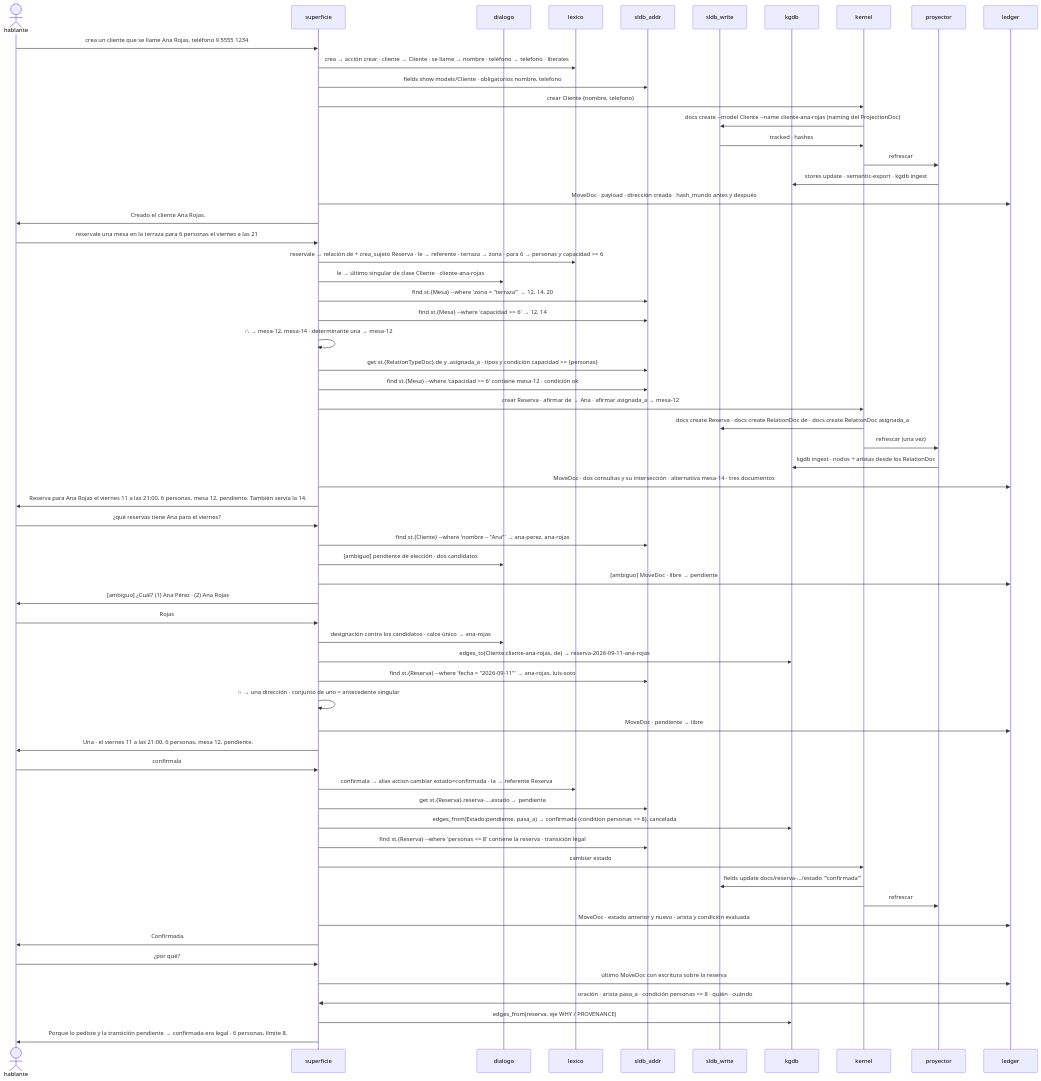
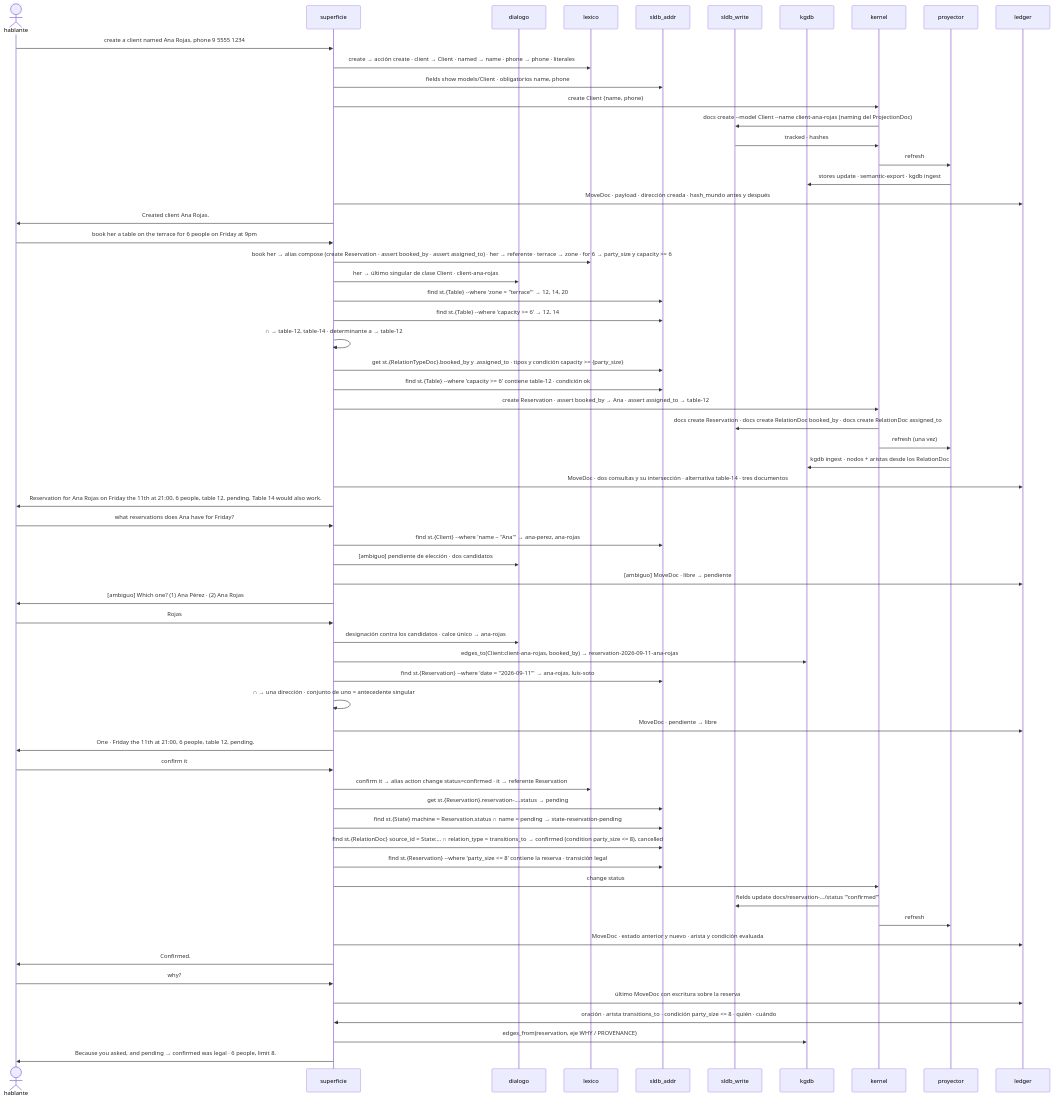
The diagram in views/spec2viz/out/mermaid/target.turno.mmd (jpcosec/pron), drawn with Mermaid before and after one commit. The commit also changed 22 other files, not shown here.

```diff
--- a/views/spec2viz/out/mermaid/target.turno.mmd
+++ b/views/spec2viz/out/mermaid/target.turno.mmd
@@ -1,62 +1,63 @@
 sequenceDiagram
     actor hablante
     participant superficie
     participant dialogo
     participant lexico
     participant sldb_addr
     participant sldb_write
     participant kgdb
     participant kernel
     participant proyector
     participant ledger
-    hablante->>superficie: crea un cliente que se llame Ana Rojas, teléfono 9 5555 1234
-    superficie->>lexico: crea → acción crear · cliente → Cliente · se llame → nombre · teléfono → telefono · literales
-    superficie->>sldb_addr: fields show models/Cliente · obligatorios nombre, telefono
-    superficie->>kernel: crear Cliente {nombre, telefono}
-    kernel->>sldb_write: docs create --model Cliente --name cliente-ana-rojas (naming del ProjectionDoc)
+    hablante->>superficie: create a client named Ana Rojas, phone 9 5555 1234
+    superficie->>lexico: create → acción create · client → Client · named → name · phone → phone · literales
+    superficie->>sldb_addr: fields show models/Client · obligatorios name, phone
+    superficie->>kernel: create Client {name, phone}
+    kernel->>sldb_write: docs create --model Client --name client-ana-rojas (naming del ProjectionDoc)
     sldb_write->>kernel: tracked · hashes
-    kernel->>proyector: refrescar
+    kernel->>proyector: refresh
     proyector->>kgdb: stores update · semantic-export · kgdb ingest
     superficie->>ledger: MoveDoc · payload · dirección creada · hash_mundo antes y después
-    superficie->>hablante: Creado el cliente Ana Rojas.
-    hablante->>superficie: reservale una mesa en la terraza para 6 personas el viernes a las 21
-    superficie->>lexico: reservale → relación de + crea_sujeto Reserva · le → referente · terraza → zona · para 6 → personas y capacidad #gt;= 6
-    superficie->>dialogo: le → último singular de clase Cliente · cliente-ana-rojas
-    superficie->>sldb_addr: find st.{Mesa} --where 'zona = "terraza"' → 12, 14, 20
-    superficie->>sldb_addr: find st.{Mesa} --where 'capacidad #gt;= 6' → 12, 14
-    superficie->>superficie: ∩ → mesa-12, mesa-14 · determinante una → mesa-12
-    superficie->>sldb_addr: get st.{RelationTypeDoc}.de y .asignada_a · tipos y condición capacidad #gt;= {personas}
-    superficie->>sldb_addr: find st.{Mesa} --where 'capacidad #gt;= 6' contiene mesa-12 · condición ok
-    superficie->>kernel: crear Reserva · afirmar de → Ana · afirmar asignada_a → mesa-12
-    kernel->>sldb_write: docs create Reserva · docs create RelationDoc de · docs create RelationDoc asignada_a
-    kernel->>proyector: refrescar (una vez)
+    superficie->>hablante: Created client Ana Rojas.
+    hablante->>superficie: book her a table on the terrace for 6 people on Friday at 9pm
+    superficie->>lexico: book her → alias compose (create Reservation · assert booked_by · assert assigned_to) · her → referente · terrace → zone · for 6 → party_size y capacity #gt;= 6
+    superficie->>dialogo: her → último singular de clase Client · client-ana-rojas
+    superficie->>sldb_addr: find st.{Table} --where 'zone = "terrace"' → 12, 14, 20
+    superficie->>sldb_addr: find st.{Table} --where 'capacity #gt;= 6' → 12, 14
+    superficie->>superficie: ∩ → table-12, table-14 · determinante a → table-12
+    superficie->>sldb_addr: get st.{RelationTypeDoc}.booked_by y .assigned_to · tipos y condición capacity #gt;= {party_size}
+    superficie->>sldb_addr: find st.{Table} --where 'capacity #gt;= 6' contiene table-12 · condición ok
+    superficie->>kernel: create Reservation · assert booked_by → Ana · assert assigned_to → table-12
+    kernel->>sldb_write: docs create Reservation · docs create RelationDoc booked_by · docs create RelationDoc assigned_to
+    kernel->>proyector: refresh (una vez)
     proyector->>kgdb: kgdb ingest · nodos + aristas desde los RelationDoc
-    superficie->>ledger: MoveDoc · dos consultas y su intersección · alternativa mesa-14 · tres documentos
-    superficie->>hablante: Reserva para Ana Rojas el viernes 11 a las 21:00, 6 personas, mesa 12, pendiente. También servía la 14.
-    hablante->>superficie: ¿qué reservas tiene Ana para el viernes?
-    superficie->>sldb_addr: find st.{Cliente} --where 'nombre ~ "Ana"' → ana-perez, ana-rojas
+    superficie->>ledger: MoveDoc · dos consultas y su intersección · alternativa table-14 · tres documentos
+    superficie->>hablante: Reservation for Ana Rojas on Friday the 11th at 21:00, 6 people, table 12, pending. Table 14 would also work.
+    hablante->>superficie: what reservations does Ana have for Friday?
+    superficie->>sldb_addr: find st.{Client} --where 'name ~ "Ana"' → ana-perez, ana-rojas
     superficie->>dialogo: [ambiguo] pendiente de elección · dos candidatos
     superficie->>ledger: [ambiguo] MoveDoc · libre → pendiente
-    superficie->>hablante: [ambiguo] ¿Cuál? (1) Ana Pérez · (2) Ana Rojas
+    superficie->>hablante: [ambiguo] Which one? (1) Ana Pérez · (2) Ana Rojas
     hablante->>superficie: Rojas
     superficie->>dialogo: designación contra los candidatos · calce único → ana-rojas
-    superficie->>kgdb: edges_to(Cliente:cliente-ana-rojas, de) → reserva-2026-09-11-ana-rojas
-    superficie->>sldb_addr: find st.{Reserva} --where 'fecha = "2026-09-11"' → ana-rojas, luis-soto
+    superficie->>kgdb: edges_to(Client:client-ana-rojas, booked_by) → reservation-2026-09-11-ana-rojas
+    superficie->>sldb_addr: find st.{Reservation} --where 'date = "2026-09-11"' → ana-rojas, luis-soto
     superficie->>superficie: ∩ → una dirección · conjunto de uno = antecedente singular
     superficie->>ledger: MoveDoc · pendiente → libre
-    superficie->>hablante: Una · el viernes 11 a las 21:00, 6 personas, mesa 12, pendiente.
-    hablante->>superficie: confirmala
-    superficie->>lexico: confirmala → alias action cambiar estado=confirmada · la → referente Reserva
-    superficie->>sldb_addr: get st.{Reserva}.reserva-….estado → pendiente
-    superficie->>kgdb: edges_from(Estado:pendiente, pasa_a) → confirmada (condition personas #lt;= 8), cancelada
-    superficie->>sldb_addr: find st.{Reserva} --where 'personas #lt;= 8' contiene la reserva · transición legal
-    superficie->>kernel: cambiar estado
-    kernel->>sldb_write: fields update docs/reserva-…/estado '"confirmada"'
-    kernel->>proyector: refrescar
+    superficie->>hablante: One · Friday the 11th at 21:00, 6 people, table 12, pending.
+    hablante->>superficie: confirm it
+    superficie->>lexico: confirm it → alias action change status=confirmed · it → referente Reservation
+    superficie->>sldb_addr: get st.{Reservation}.reservation-….status → pending
+    superficie->>sldb_addr: find st.{State} machine = Reservation.status ∩ name = pending → state-reservation-pending
+    superficie->>sldb_addr: find st.{RelationDoc} source_id = State:… ∩ relation_type = transitions_to → confirmed (condition party_size #lt;= 8), cancelled
+    superficie->>sldb_addr: find st.{Reservation} --where 'party_size #lt;= 8' contiene la reserva · transición legal
+    superficie->>kernel: change status
+    kernel->>sldb_write: fields update docs/reservation-…/status '"confirmed"'
+    kernel->>proyector: refresh
     superficie->>ledger: MoveDoc · estado anterior y nuevo · arista y condición evaluada
-    superficie->>hablante: Confirmada.
-    hablante->>superficie: ¿por qué?
+    superficie->>hablante: Confirmed.
+    hablante->>superficie: why?
     superficie->>ledger: último MoveDoc con escritura sobre la reserva
-    ledger->>superficie: oración · arista pasa_a · condición personas #lt;= 8 · quién · cuándo
-    superficie->>kgdb: edges_from(reserva, eje WHY / PROVENANCE)
-    superficie->>hablante: Porque lo pediste y la transición pendiente → confirmada era legal · 6 personas, límite 8.
+    ledger->>superficie: oración · arista transitions_to · condición party_size #lt;= 8 · quién · cuándo
+    superficie->>kgdb: edges_from(reservation, eje WHY / PROVENANCE)
+    superficie->>hablante: Because you asked, and pending → confirmed was legal · 6 people, limit 8.
```
